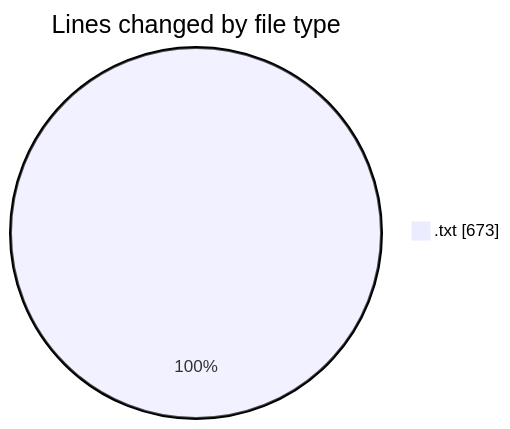
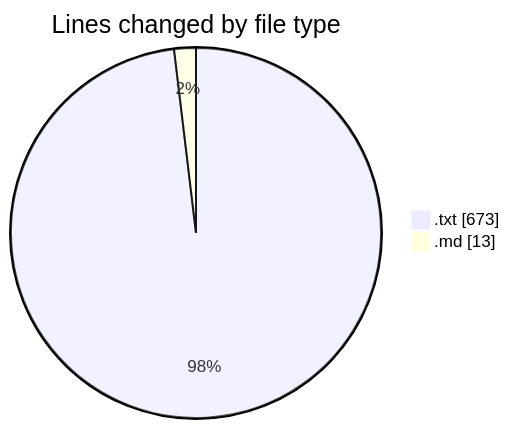
The first of 2 diagrams in 2025-07-29/posts/README.md (EIIisD/code-tracking), drawn with Mermaid before and after one commit. The commit also changed other lines of this file and 1 other file, not shown here.

````diff
--- a/2025-07-29/posts/README.md
+++ b/2025-07-29/posts/README.md
@@ -20,5 +26,6 @@
 ```mermaid
 pie showData
 title Lines changed by file type
 ".txt" : 673
+".md" : 13
 ```
````
